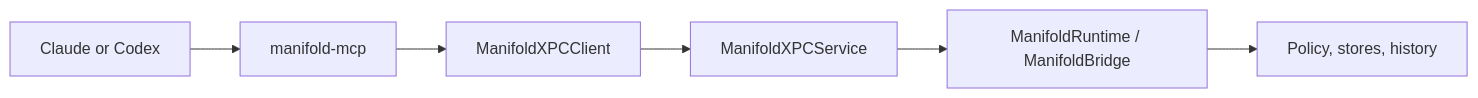
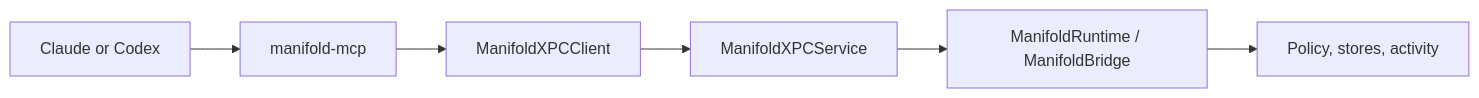
Before and after one commit to Spatial-Duality/Manifold: the diagram in docs/mcp-integration.md, drawn with Mermaid. The commit also changed other lines of this file and 134 other files, not shown here.

````diff
--- a/docs/mcp-integration.md
+++ b/docs/mcp-integration.md
@@ -24,8 +24,8 @@
 ```mermaid
 flowchart LR
     A["Claude or Codex"] --> M["manifold-mcp"]
     M --> X["ManifoldXPCClient"]
     X --> S["ManifoldXPCService"]
     S --> R["ManifoldRuntime / ManifoldBridge"]
-    R --> D["Policy, stores, history"]
+    R --> D["Policy, stores, activity"]
 ```
````
